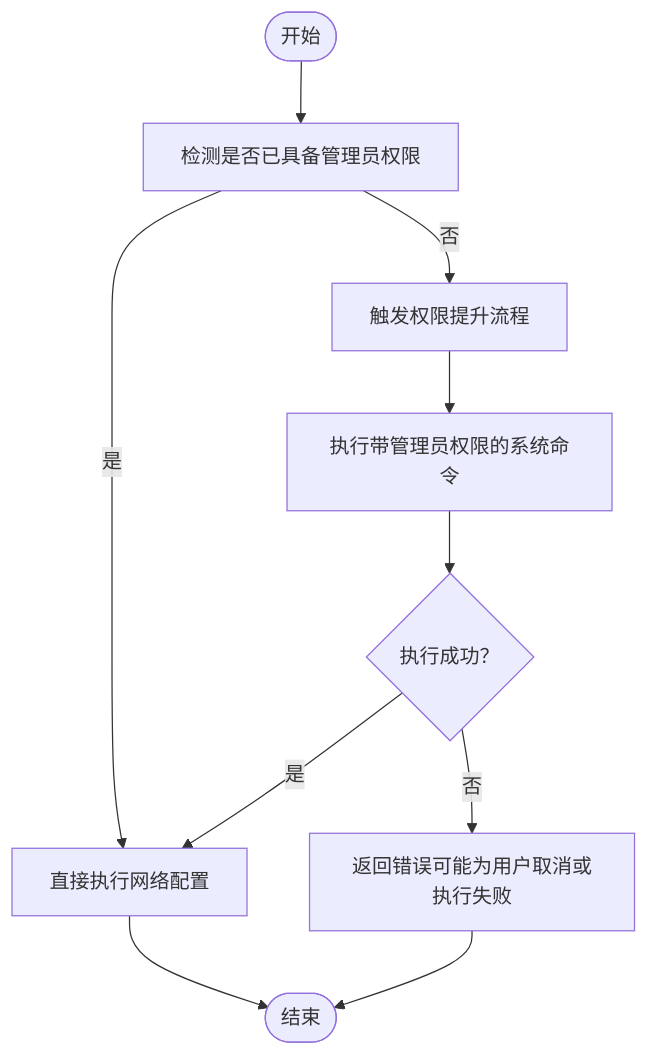
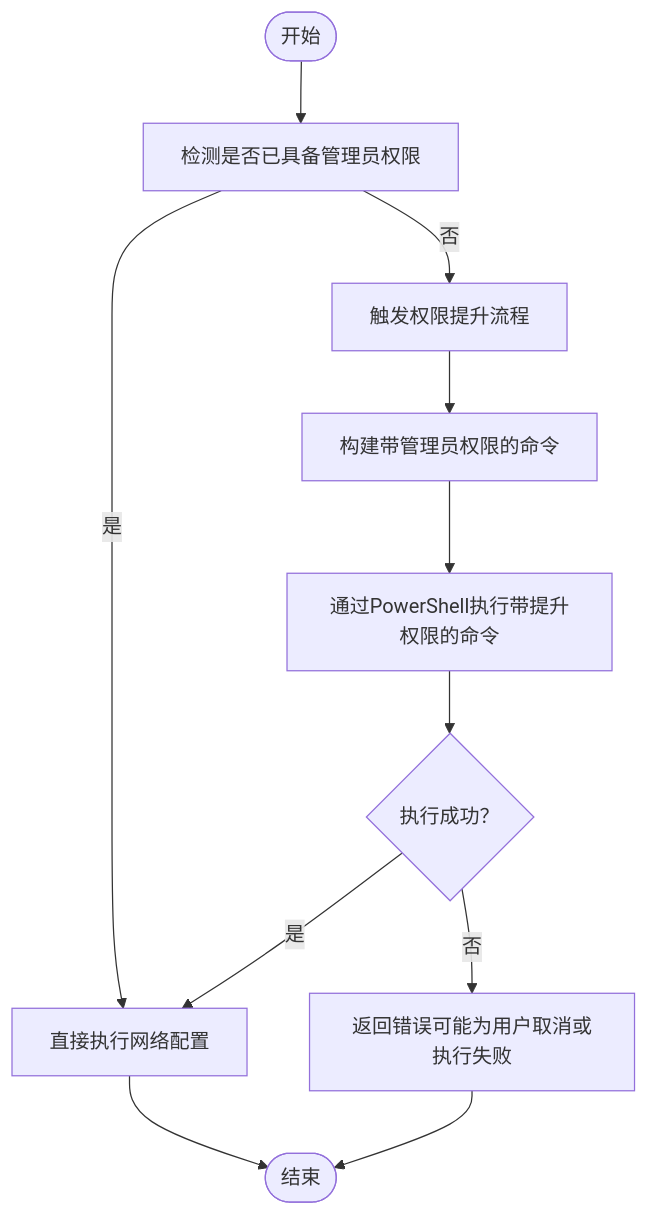
One commit to xdongliang/IPSwitcher changed the fourth of 9 diagrams in .qoder/repowiki/zh/content/系统集成/系统集成.md. Above: the diagram before and after it, drawn with Mermaid. The commit also changed other lines of this file and 12 other files, not shown here.

````diff
--- a/.qoder/repowiki/zh/content/系统集成/系统集成.md
+++ b/.qoder/repowiki/zh/content/系统集成/系统集成.md
@@ -188,12 +200,13 @@
 ```mermaid
 flowchart TD
 Start(["开始"]) --> Check["检测是否已具备管理员权限"]
 Check --> |是| Apply["直接执行网络配置"]
 Check --> |否| Elevate["触发权限提升流程"]
-Elevate --> Exec["执行带管理员权限的系统命令"]
+Elevate --> BuildCmd["构建带管理员权限的命令"]
+BuildCmd --> Exec["通过PowerShell执行带提升权限的命令"]
 Exec --> Success{"执行成功？"}
 Success --> |是| Apply
 Success --> |否| Err["返回错误可能为用户取消或执行失败"]
 Apply --> Done(["结束"])
 Err --> Done
 ```
````
